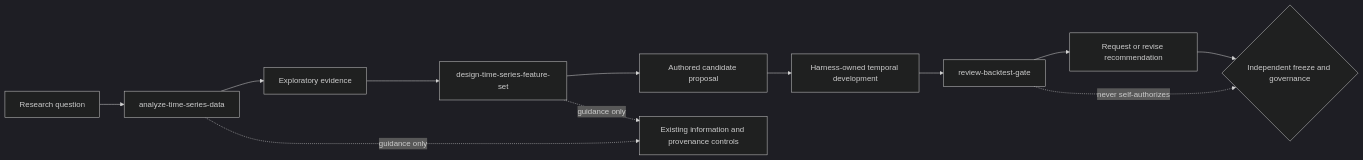
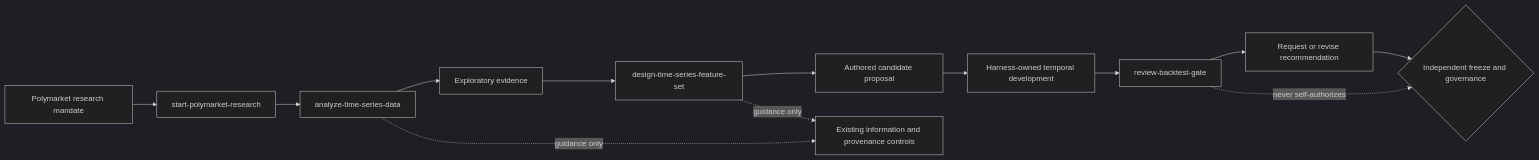
Before and after one commit to kthaisociety/Polymarket: the first of 2 diagrams in docs/architecture/autonomous-investigation/README.md, drawn with Mermaid (dark theme). The commit also changed other lines of this file and 46 other files, not shown here.

Commit message:
feat(research): guide and exercise Polymarket studies

````diff
--- a/docs/architecture/autonomous-investigation/README.md
+++ b/docs/architecture/autonomous-investigation/README.md
@@ -15,14 +16,15 @@
 ```mermaid
 flowchart LR
-    Q["Research question"] --> AS["analyze-time-series-data"]
+    Q["Polymarket research mandate"] --> PS["start-polymarket-research"]
+    PS --> AS["analyze-time-series-data"]
     AS --> AE["Exploratory evidence"]
     AE --> FS["design-time-series-feature-set"]
     FS --> C["Authored candidate proposal"]
     C --> DEV["Harness-owned temporal development"]
     DEV --> BG["review-backtest-gate"]
     BG --> REQ["Request or revise recommendation"]
     REQ --> GOV{"Independent freeze and governance"}
     AS -.->|"guidance only"| HARNESS["Existing information and provenance controls"]
     FS -.->|"guidance only"| HARNESS
     BG -.->|"never self-authorizes"| GOV
 ```
````
